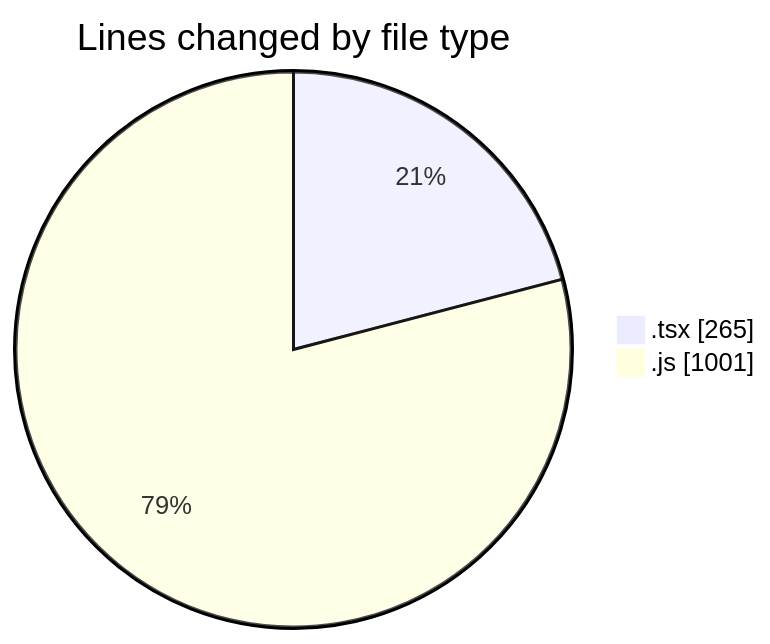
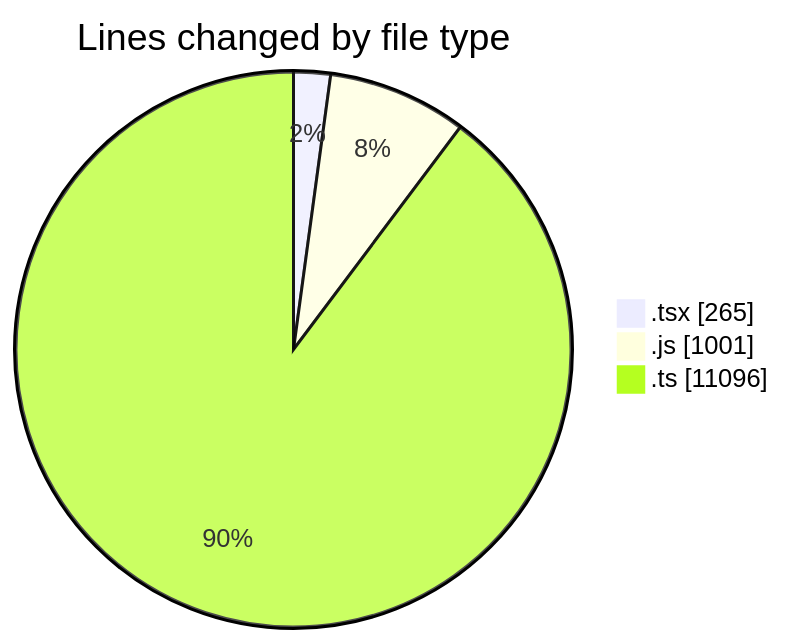
Before and after one commit to momahboobian/code-tracking: the first of 2 diagrams in 2026-04-09/cda/README.md, drawn with Mermaid. The commit also changed other lines of this file and 1 other file, not shown here.

````diff
--- a/2026-04-09/cda/README.md
+++ b/2026-04-09/cda/README.md
@@ -24,6 +25,7 @@
 ```mermaid
 pie showData
 title Lines changed by file type
 ".tsx" : 265
 ".js" : 1001
+".ts" : 11096
 ```
````
